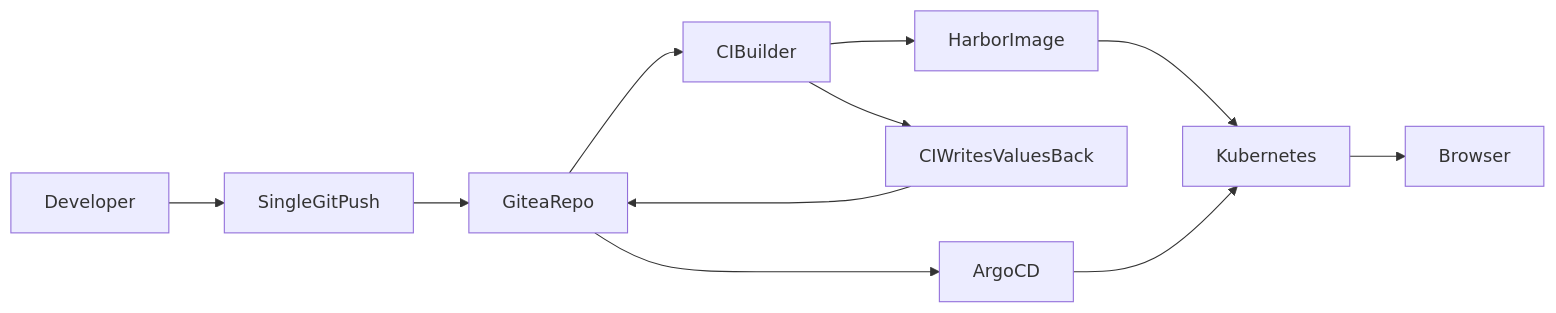
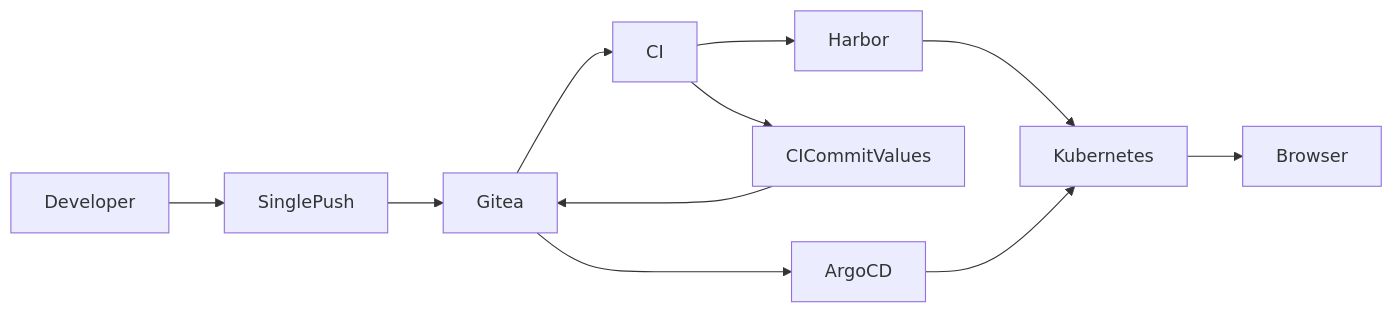
One commit to hwang-protocol/docker_k8s_2026 changed the second of 2 diagrams in k8s/06-gitops-and-automation/docs/21_gitops_demo_playbook.md. Above: the diagram before and after it, drawn with Mermaid. The commit also changed other lines of this file and 3 other files, not shown here.

````diff
--- a/k8s/06-gitops-and-automation/docs/21_gitops_demo_playbook.md
+++ b/k8s/06-gitops-and-automation/docs/21_gitops_demo_playbook.md
@@ -197,23 +321,23 @@
 ```mermaid
 flowchart LR
     developer[Developer]
-    gitPush[SingleGitPush]
-    gitea[GiteaRepo]
-    ci[CIBuilder]
-    harbor[HarborImage]
-    valuesCommit[CIWritesValuesBack]
+    push[SinglePush]
+    gitea[Gitea]
+    ci[CI]
+    harbor[Harbor]
+    values[CICommitValues]
     argocd[ArgoCD]
     k8s[Kubernetes]
     browser[Browser]
 
-    developer --> gitPush
-    gitPush --> gitea
+    developer --> push
+    push --> gitea
     gitea --> ci
     ci --> harbor
-    ci --> valuesCommit
-    valuesCommit --> gitea
+    ci --> values
+    values --> gitea
     gitea --> argocd
     harbor --> k8s
     argocd --> k8s
     k8s --> browser
 ```
````
